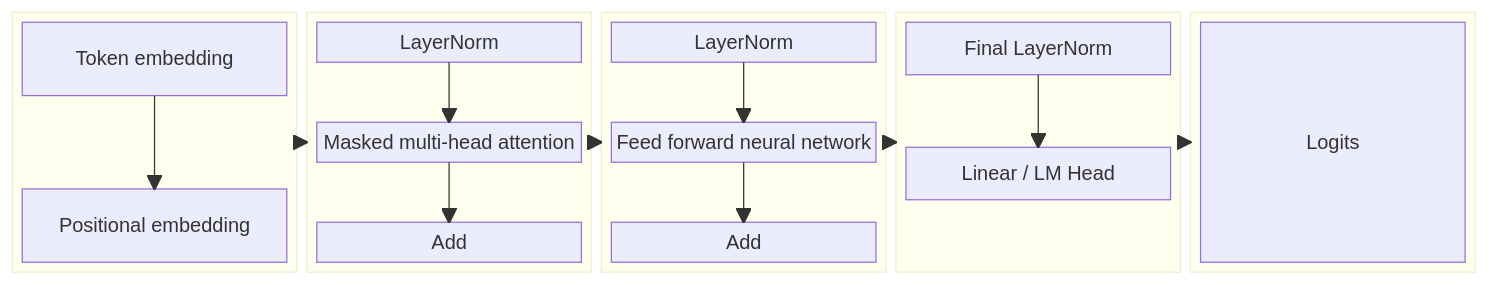
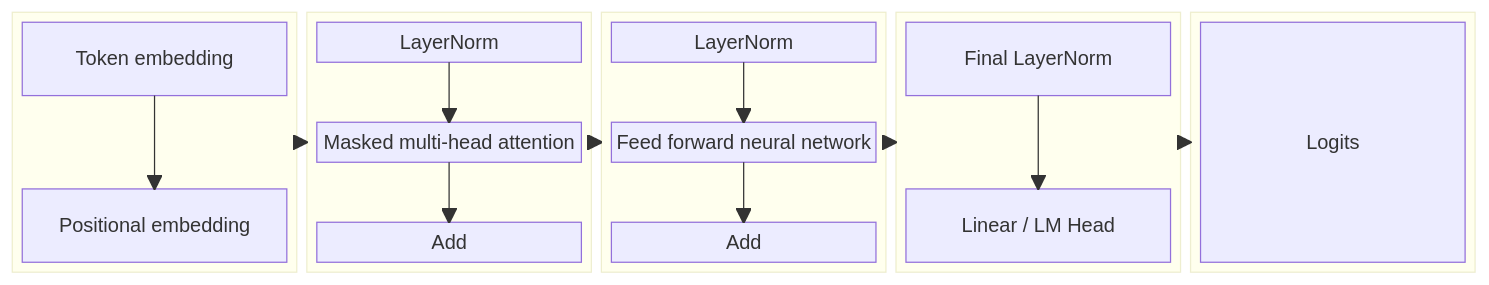
Before and after one commit to ChrisZhu2050/chriszhu2050.github.io: diagram 19 of 19 in index.md, drawn with Mermaid.

````diff
--- a/index.md
+++ b/index.md
@@ -532,44 +532,44 @@
       ```mermaid
           block
           columns 5
           block:group1:1
             columns 1
             a["Token embedding"] space
             b["Positional embedding"]
             
           end
           block:group2:1
             columns 1
             c1["LayerNorm"] space
             c2["Masked multi-head attention"] space
             c3["Add"]
           end
           block:group3:1
             columns 1
             d["LayerNorm"] space
             e["Feed forward neural network"] space
             h["Add"]
           end
           block:group4:1
             columns 1
             f["Final LayerNorm"] space
-            g["Linear / LM Head"] space
+            g["Linear / LM Head"]
 
           end
           block:group5:1
             columns 1
             Logits
           end
           a --> b
           c1 --> c2
           c2 --> c3
           d --> e
           e --> h
           f --> g
 
           group1 --> group2
           group2 --> group3
           group3 --> group4
           group4 --> group5
 
       ```
````
